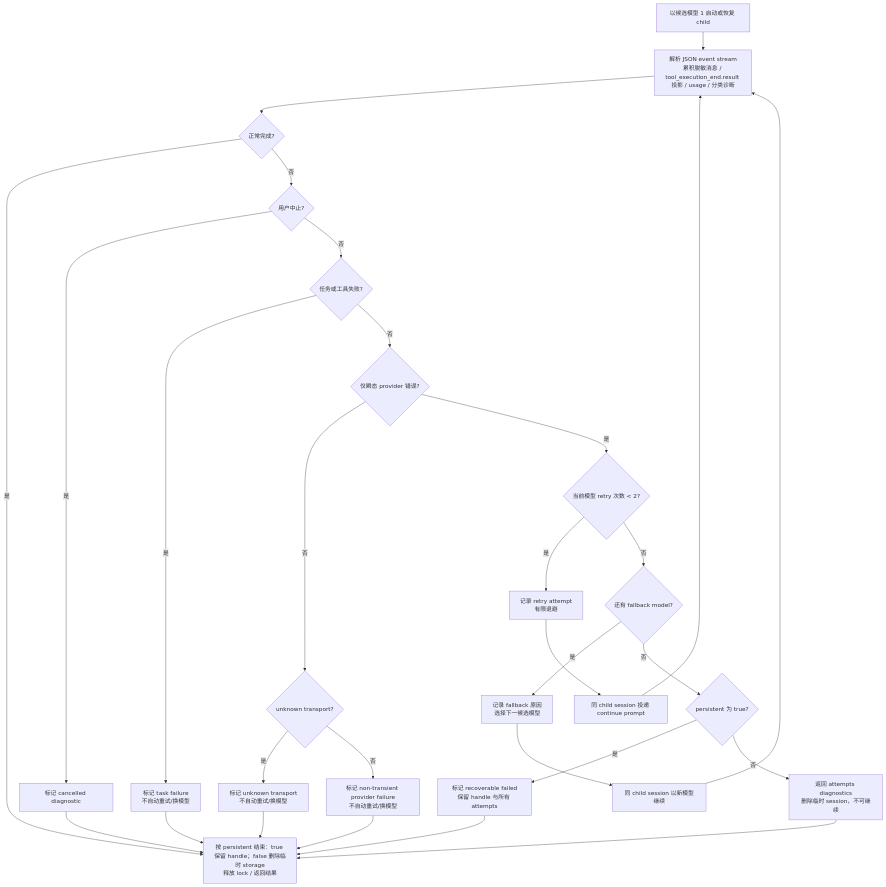
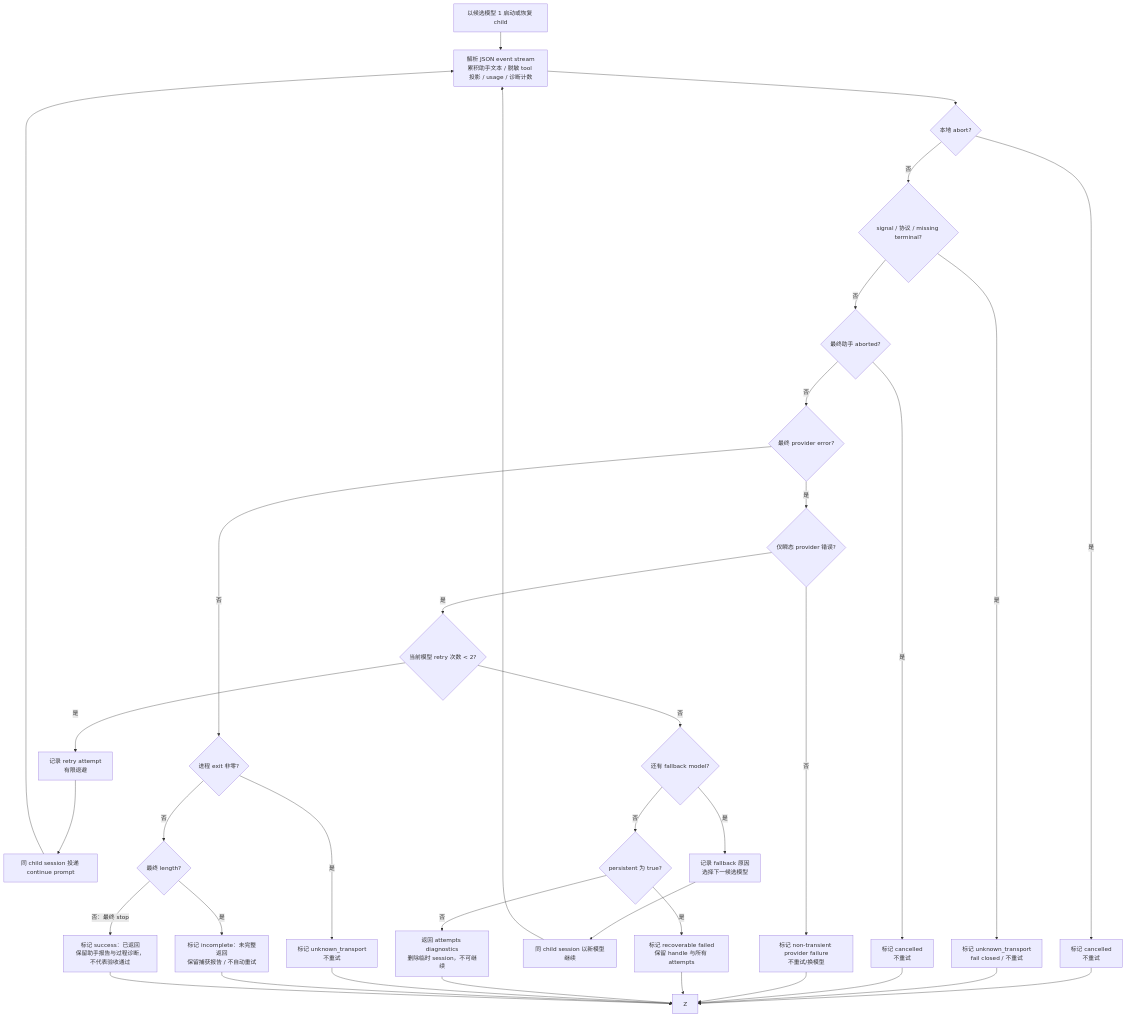
Before and after one commit to ZHOUKAILIAN/my-pi-extension: the second of 5 diagrams in docs/02-产品实现/subagent-dispatcher-流程图.md, drawn with Mermaid. The commit also changed other lines of this file and 10 other files, not shown here.

Commit message:
fix(subagent): separate execution outcomes from tool diagnostics

````diff
--- a/docs/02-产品实现/subagent-dispatcher-流程图.md
+++ b/docs/02-产品实现/subagent-dispatcher-流程图.md
@@ -48,31 +48,38 @@
 ```mermaid
 flowchart TD
-  A[以候选模型 1 启动或恢复 child] --> B[解析 JSON event stream<br/>累积脱敏消息 / tool_execution_end.result 投影 / usage / 分类诊断]
-  B --> C{正常完成?}
-  C -->|是| Z[按 persistent 结束：true 保留 handle；false 删除临时 storage<br/>释放 lock / 返回结果]
-  C -->|否| D{用户中止?}
-  D -->|是| E[标记 cancelled diagnostic]
-  E --> Z
-  D -->|否| F{任务或工具失败?}
-  F -->|是| G[标记 task failure<br/>不自动重试/换模型]
-  G --> Z
-  F -->|否| H{仅瞬态 provider 错误?}
-  H -->|否| I{unknown transport?}
-  I -->|是| U[标记 unknown transport<br/>不自动重试/换模型]
-  I -->|否| V[标记 non-transient provider failure<br/>不自动重试/换模型]
+  A[以候选模型 1 启动或恢复 child] --> B[解析 JSON event stream<br/>累积助手文本 / 脱敏 tool 投影 / usage / 诊断计数]
+  B --> C{本地 abort?}
+  C -->|是| CA[标记 cancelled<br/>不重试]
+  CA --> Z
+  C -->|否| D{signal / 协议 / missing terminal?}
+  D -->|是| U[标记 unknown_transport<br/>fail closed / 不重试]
   U --> Z
-  V --> Z
+  D -->|否| E{最终助手 aborted?}
+  E -->|是| EB[标记 cancelled<br/>不重试]
+  EB --> Z
+  E -->|否| F{最终 provider error?}
+  F -->|是| H{仅瞬态 provider 错误?}
+  H -->|否| I[标记 non-transient provider failure<br/>不重试/换模型]
+  I --> Z
   H -->|是| J{当前模型 retry 次数 < 2?}
   J -->|是| K[记录 retry attempt<br/>有限退避]
   K --> L[同 child session 投递 continue prompt]
   L --> B
   J -->|否| M{还有 fallback model?}
   M -->|是| N[记录 fallback 原因<br/>选择下一候选模型]
   N --> O[同 child session 以新模型继续]
   O --> B
   M -->|否| P{persistent 为 true?}
   P -->|是| R[标记 recoverable failed<br/>保留 handle 与所有 attempts]
   P -->|否| S[返回 attempts diagnostics<br/>删除临时 session，不可继续]
   R --> Z
   S --> Z
+  F -->|否| G{进程 exit 非零?}
+  G -->|是| U2[标记 unknown_transport<br/>不重试]
+  U2 --> Z
+  G -->|否| L2{最终 length?}
+  L2 -->|是| T[标记 incomplete：未完整返回<br/>保留捕获报告 / 不自动重试]
+  T --> Z
+  L2 -->|否：最终 stop| OK[标记 success：已返回<br/>保留助手报告与过程诊断，不代表验收通过]
+  OK --> Z
 ```
````
